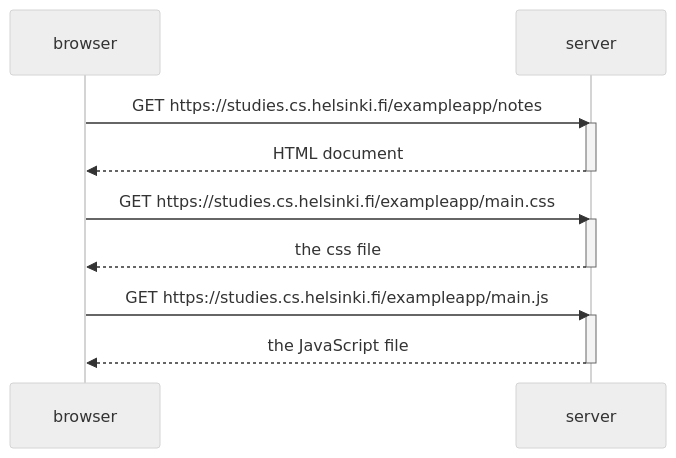
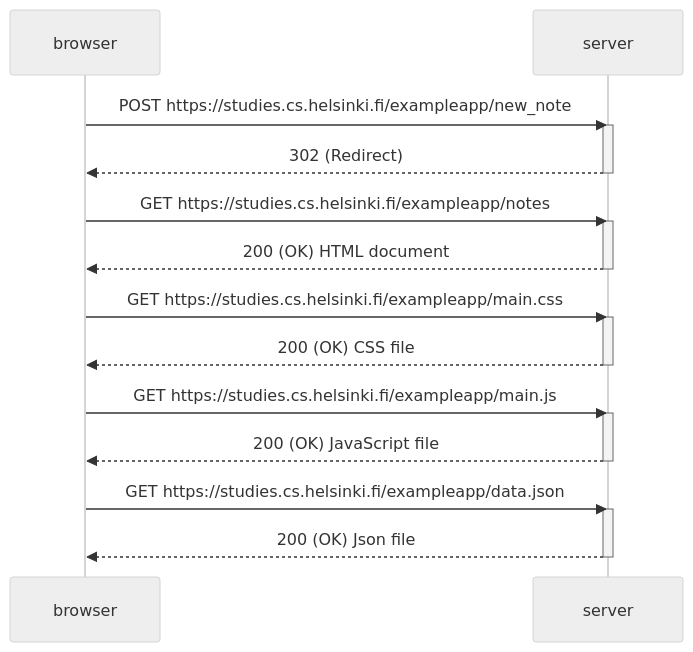
One commit to xuzmocode4-325/full-stack-open changed the diagram in part0/0.4 - new_note_diagram.md. Above: the diagram before and after it, drawn with Mermaid (neutral theme). The commit also changed 18 other files, not shown here.

````diff
--- a/part0/0.4 - new_note_diagram.md
+++ b/part0/0.4 - new_note_diagram.md
@@ -1,20 +1,30 @@
 ```mermaid
     sequenceDiagram
         participant browser
         participant server
 
+        browser->>server: POST https://studies.cs.helsinki.fi/exampleapp/new_note
+        activate server
+        server-->>browser: 302 (Redirect)
+        deactivate server
+
         browser->>server: GET https://studies.cs.helsinki.fi/exampleapp/notes
         activate server
-        server-->>browser: HTML document
+        server-->>browser: 200 (OK) HTML document
         deactivate server
 
         browser->>server: GET https://studies.cs.helsinki.fi/exampleapp/main.css
         activate server
-        server-->>browser: the css file
+        server-->>browser: 200 (OK) CSS  file
         deactivate server
 
         browser->>server: GET https://studies.cs.helsinki.fi/exampleapp/main.js
         activate server
-        server-->>browser: the JavaScript file
+        server-->>browser: 200 (OK) JavaScript file
+        deactivate server
+
+        browser->>server: GET https://studies.cs.helsinki.fi/exampleapp/data.json
+        activate server
+        server-->>browser: 200 (OK) Json file
         deactivate server
 ```
````
